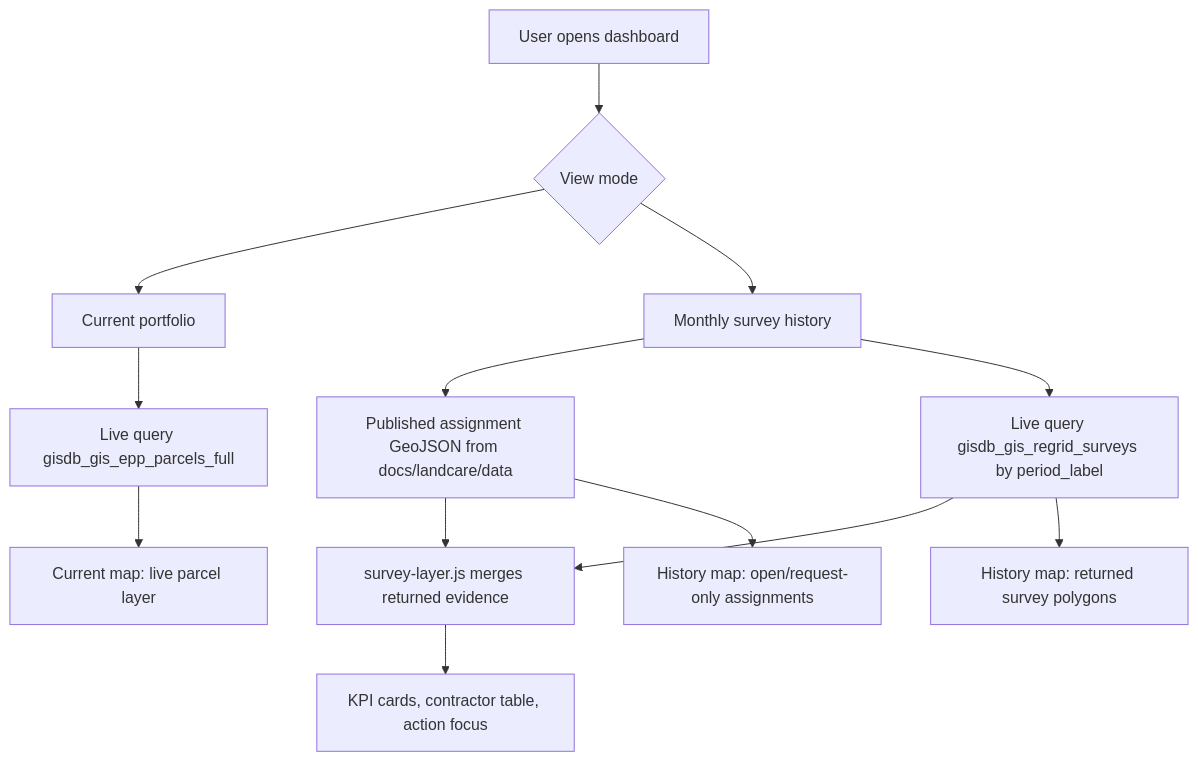
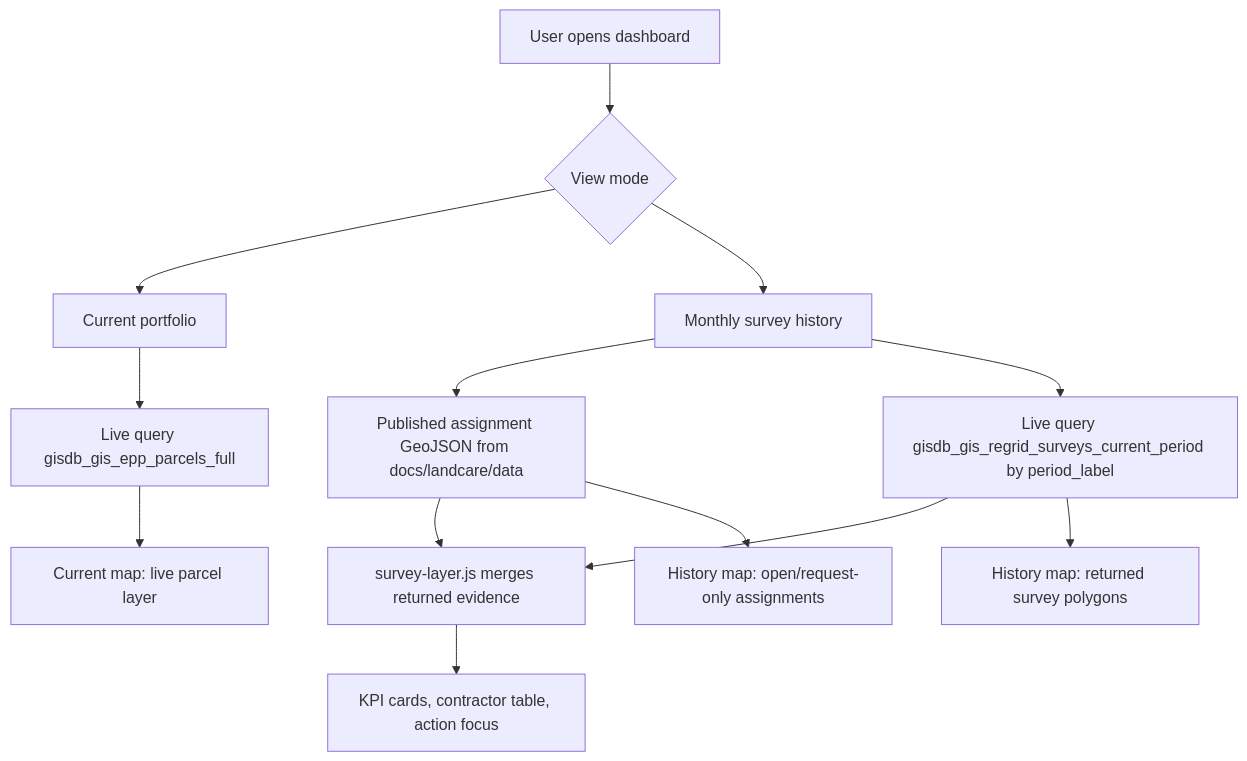
One commit to rutomo-ura/land-care-assurance changed the second of 2 diagrams in docs/landcare-architecture.md. Above: the diagram before and after it, drawn with Mermaid. The commit also changed other lines of this file and 10 other files, not shown here.

Commit message:
Point LandCare surveys to current-period AGOL layer

````diff
--- a/docs/landcare-architecture.md
+++ b/docs/landcare-architecture.md
@@ -95,19 +95,19 @@
 ```mermaid
 flowchart TD
     User["User opens dashboard"] --> View{"View mode"}
 
     View --> Current["Current portfolio"]
     View --> History["Monthly survey history"]
 
     Current --> EppLive["Live query gisdb_gis_epp_parcels_full"]
     History --> AssignStatic["Published assignment GeoJSON from docs/landcare/data"]
-    History --> SurveyLive["Live query gisdb_gis_regrid_surveys by period_label"]
+    History --> SurveyLive["Live query gisdb_gis_regrid_surveys_current_period by period_label"]
 
     AssignStatic --> Merge["survey-layer.js merges returned evidence"]
     SurveyLive --> Merge
     Merge --> Sidebar["KPI cards, contractor table, action focus"]
     SurveyLive --> MapReturned["History map: returned survey polygons"]
     AssignStatic --> MapOpen["History map: open/request-only assignments"]
 
     EppLive --> MapCurrent["Current map: live parcel layer"]
 ```
````
